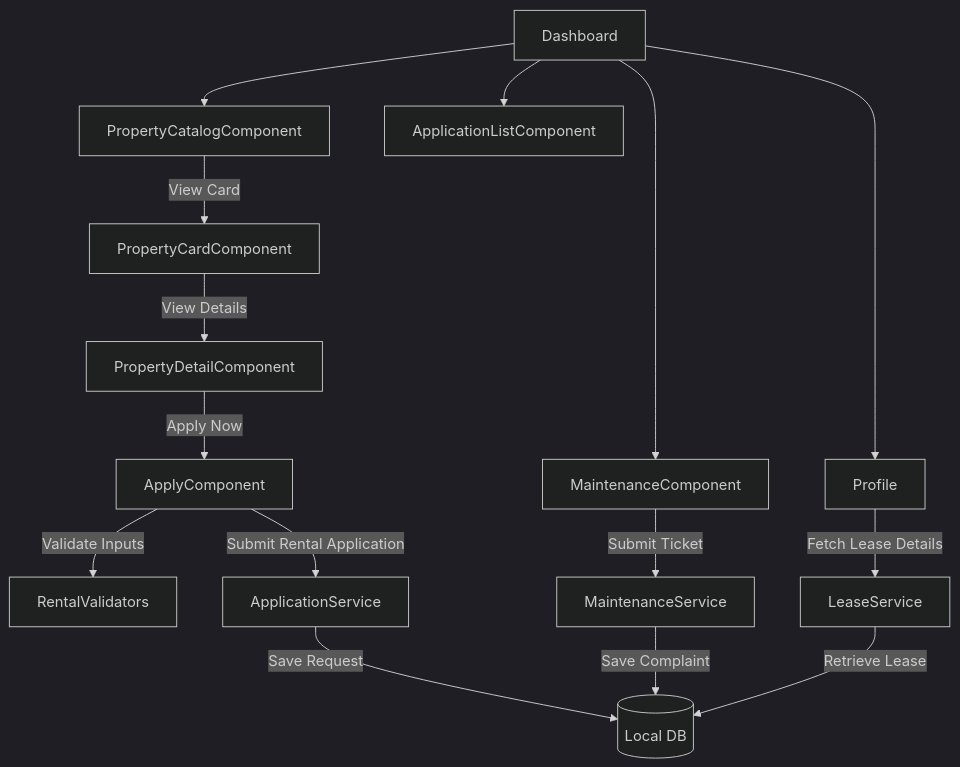
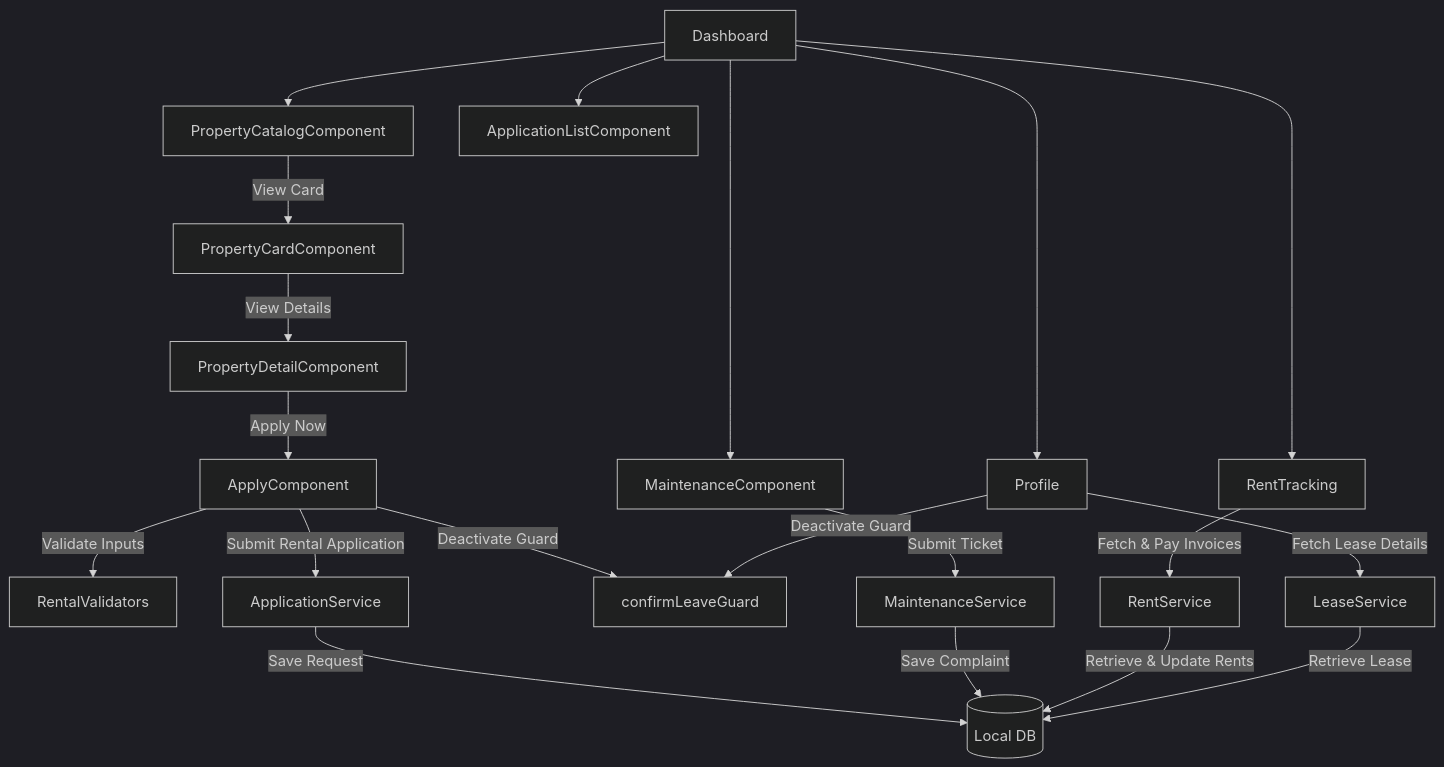
The second of 3 diagrams in README.md (saksham2882/property-rental-management-portal), drawn with Mermaid (dark theme) before and after one commit. The commit also changed other lines of this file, not shown here.

````diff
--- a/README.md
+++ b/README.md
@@ -29,21 +33,27 @@
 ```mermaid
 graph TD
     Dashboard[Dashboard] --> PropertyCatalogComponent[PropertyCatalogComponent]
     Dashboard --> ApplicationListComponent[ApplicationListComponent]
     Dashboard --> MaintenanceComponent[MaintenanceComponent]
+    Dashboard --> RentTracking[RentTracking]
     Dashboard --> Profile[Profile]
     
     PropertyCatalogComponent -->|View Card| PropertyCardComponent[PropertyCardComponent]
     PropertyCardComponent -->|View Details| PropertyDetailComponent[PropertyDetailComponent]
     PropertyDetailComponent -->|Apply Now| ApplyComponent[ApplyComponent]
     
     ApplyComponent -->|Validate Inputs| RentalValidators[RentalValidators]
     ApplyComponent -->|Submit Rental Application| ApplicationService[ApplicationService]
+    ApplyComponent -->|Deactivate Guard| confirmLeaveGuard[confirmLeaveGuard]
     ApplicationService -->|Save Request| DB[(Local DB)]
     
     MaintenanceComponent -->|Submit Ticket| MaintenanceService[MaintenanceService]
     MaintenanceService -->|Save Complaint| DB
     
+    RentTracking -->|Fetch & Pay Invoices| RentService[RentService]
+    RentService -->|Retrieve & Update Rents| DB
+    
     Profile -->|Fetch Lease Details| LeaseService[LeaseService]
+    Profile -->|Deactivate Guard| confirmLeaveGuard
     LeaseService -->|Retrieve Lease| DB
 ```
````
